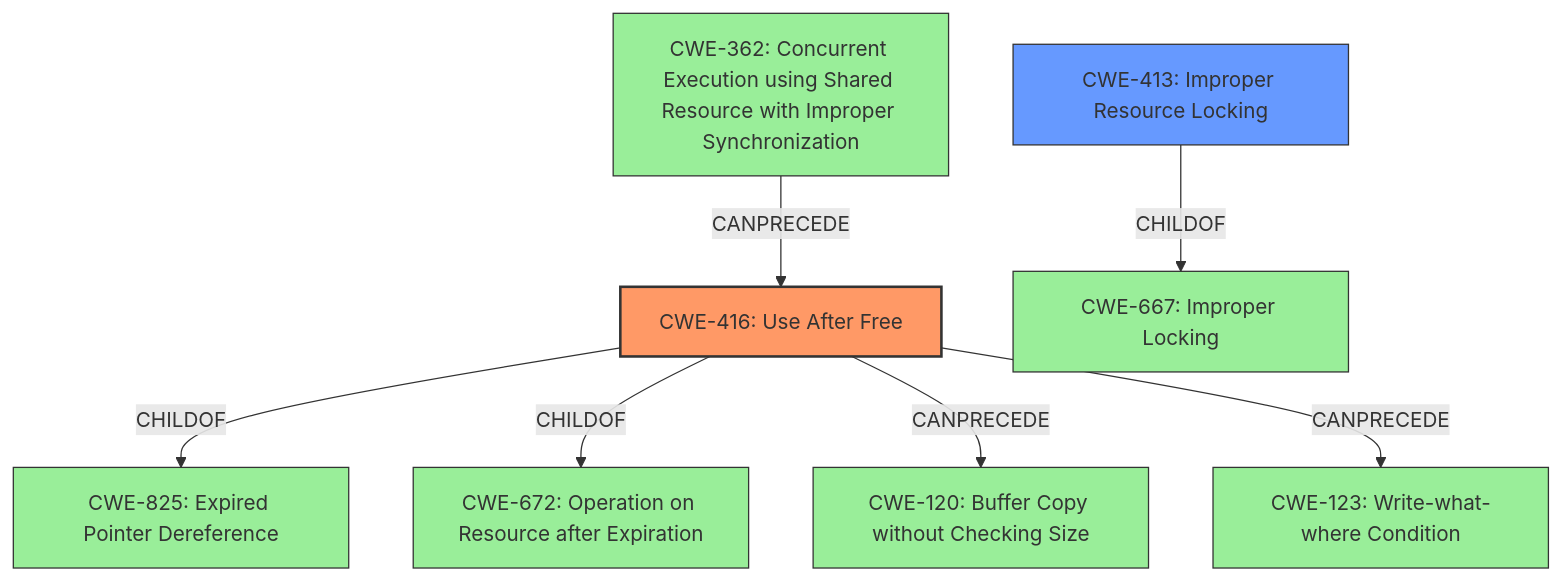
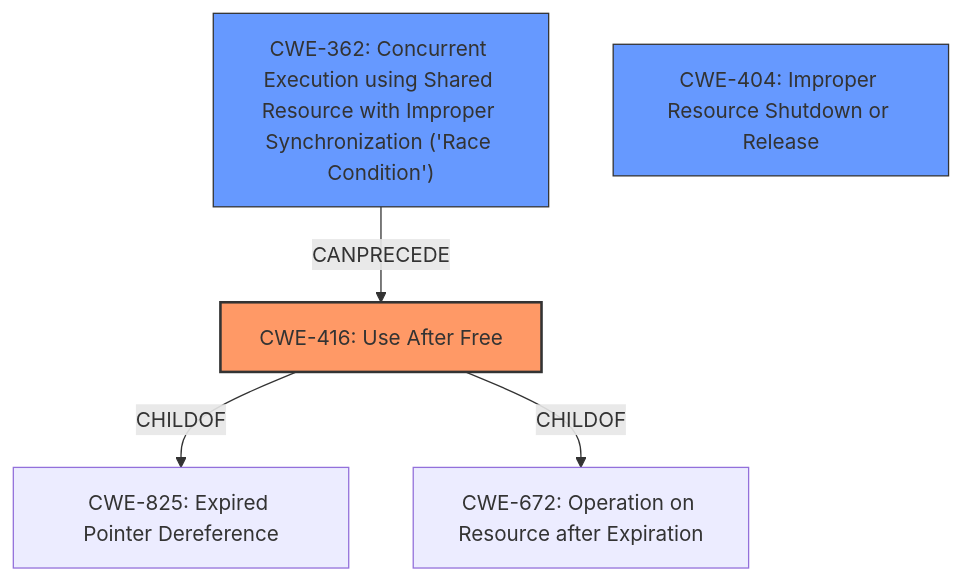
The diagram in CVE-2021-1048/CVE-2021-1048_analysis.md (CyberSecAI/cwe_agent_assign_reports_2023), drawn with Mermaid before and after one commit. The commit also changed other lines of this file and 902 other files, not shown here.

````diff
--- a/CVE-2021-1048/CVE-2021-1048_analysis.md
+++ b/CVE-2021-1048/CVE-2021-1048_analysis.md
@@ -17,25 +18,18 @@
 ```mermaid
 graph TD
     cwe416["CWE-416: Use After Free"]
     cwe825["CWE-825: Expired Pointer Dereference"]
     cwe672["CWE-672: Operation on Resource after Expiration"]
-    cwe362["CWE-362: Concurrent Execution using Shared Resource with Improper Synchronization"]
-    cwe120["CWE-120: Buffer Copy without Checking Size"]
-    cwe123["CWE-123: Write-what-where Condition"]
-    cwe413["CWE-413: Improper Resource Locking"]
-    cwe667["CWE-667: Improper Locking"]
-
+    cwe362["CWE-362: Concurrent Execution using Shared Resource with Improper Synchronization ('Race Condition')"]
+    cwe404["CWE-404: Improper Resource Shutdown or Release"]
+    
     cwe416 -->|CHILDOF| cwe825
     cwe416 -->|CHILDOF| cwe672
     cwe362 -->|CANPRECEDE| cwe416
-    cwe416 -->|CANPRECEDE| cwe120
-    cwe416 -->|CANPRECEDE| cwe123
-    cwe413 -->|CHILDOF| cwe667
-
+    
     classDef primary fill:#f96,stroke:#333,stroke-width:2px
     classDef secondary fill:#69f,stroke:#333
     classDef tertiary fill:#9e9,stroke:#333
     class cwe416 primary
-    class cwe413 secondary
-    class cwe825,cwe672,cwe362,cwe120,cwe123,cwe667 tertiary
+    class cwe362,cwe404 secondary
 ```
````
